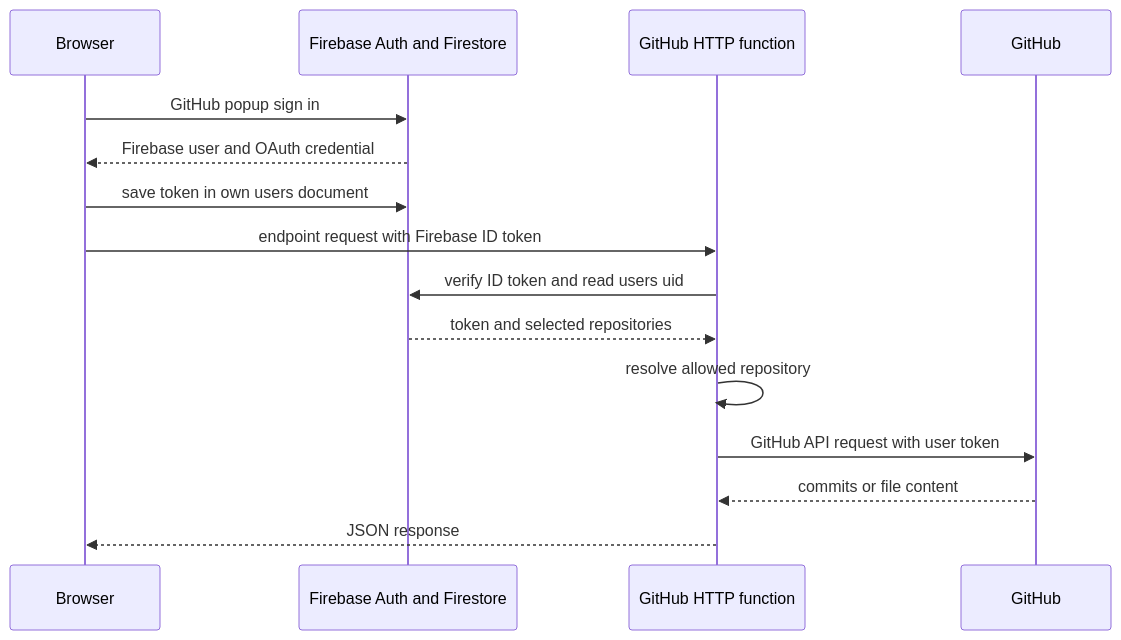
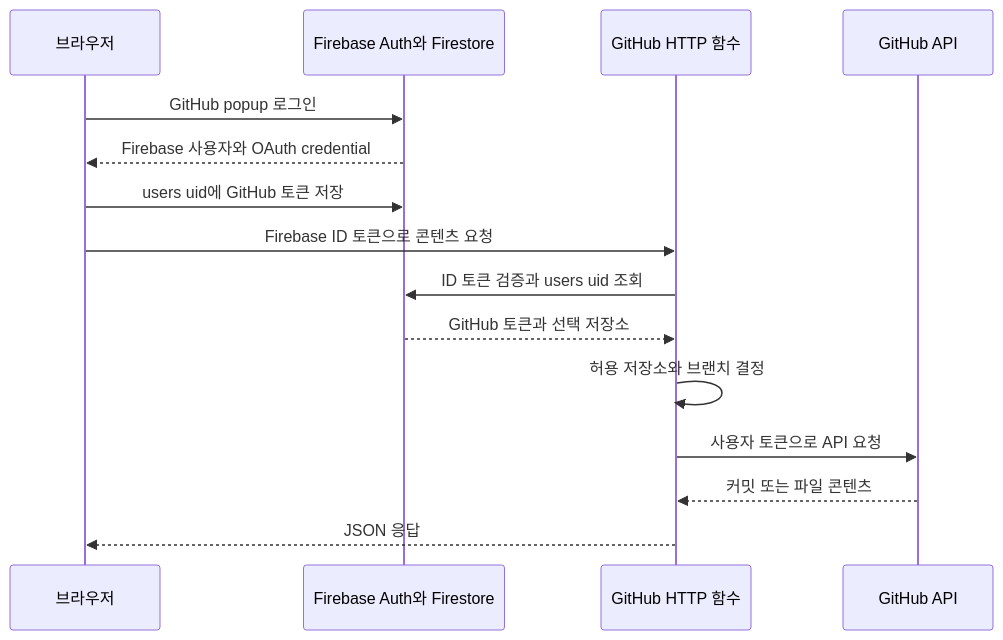
Before and after one commit to chucoding/code-recall: the diagram in openwiki/integrations/github-access.md, drawn with Mermaid. The commit also changed other lines of this file and 26 other files, not shown here.

````diff
--- a/openwiki/integrations/github-access.md
+++ b/openwiki/integrations/github-access.md
@@ -43,17 +45,17 @@
 ```mermaid
 sequenceDiagram
-  participant Browser
-  participant Firebase as Firebase Auth and Firestore
-  participant Proxy as GitHub HTTP function
-  participant GitHub
-  Browser->>Firebase: GitHub popup sign in
-  Firebase-->>Browser: Firebase user and OAuth credential
-  Browser->>Firebase: save token in own users document
-  Browser->>Proxy: endpoint request with Firebase ID token
-  Proxy->>Firebase: verify ID token and read users uid
-  Firebase-->>Proxy: token and selected repositories
-  Proxy->>Proxy: resolve allowed repository
-  Proxy->>GitHub: GitHub API request with user token
-  GitHub-->>Proxy: commits or file content
-  Proxy-->>Browser: JSON response
+  participant Browser as 브라우저
+  participant Firebase as Firebase Auth와 Firestore
+  participant Proxy as GitHub HTTP 함수
+  participant GitHub as GitHub API
+  Browser->>Firebase: GitHub popup 로그인
+  Firebase-->>Browser: Firebase 사용자와 OAuth credential
+  Browser->>Firebase: users uid에 GitHub 토큰 저장
+  Browser->>Proxy: Firebase ID 토큰으로 콘텐츠 요청
+  Proxy->>Firebase: ID 토큰 검증과 users uid 조회
+  Firebase-->>Proxy: GitHub 토큰과 선택 저장소
+  Proxy->>Proxy: 허용 저장소와 브랜치 결정
+  Proxy->>GitHub: 사용자 토큰으로 API 요청
+  GitHub-->>Proxy: 커밋 또는 파일 콘텐츠
+  Proxy-->>Browser: JSON 응답
 ```
````
